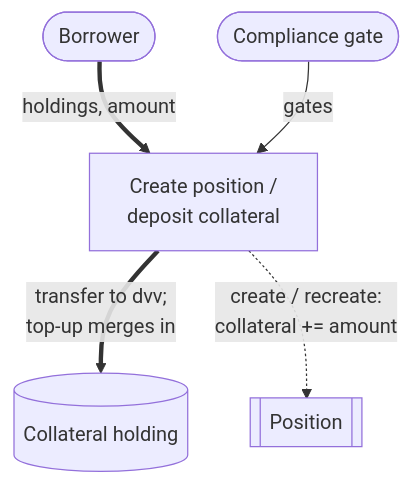
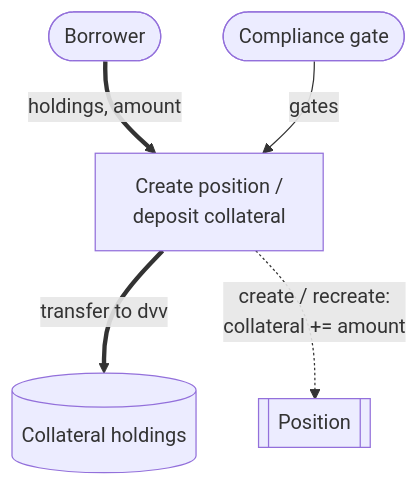
Before and after one commit to OpenZeppelin/canton-specs: the second of 7 diagrams in docs/reference-architectures/lending.md, drawn with Mermaid. The commit also changed other lines of this file, not shown here.

````diff
--- a/docs/reference-architectures/lending.md
+++ b/docs/reference-architectures/lending.md
@@ -265,13 +278,13 @@
 ```mermaid
 flowchart TD
     Borrower([Borrower])
     Compliance(["Compliance gate"])
     Choice["Create position /<br/>deposit collateral"]
     Position[["Position"]]
-    Collateral[("Collateral holding")]
+    Collateral[("Collateral holdings")]
 
     Borrower ==>|"holdings, amount"| Choice
     Compliance -->|"gates"| Choice
-    Choice ==>|"transfer to dvv;<br/>top-up merges in"| Collateral
+    Choice ==>|"transfer to dvv"| Collateral
     Choice -.->|"create / recreate:<br/>collateral += amount"| Position
 ```
````
